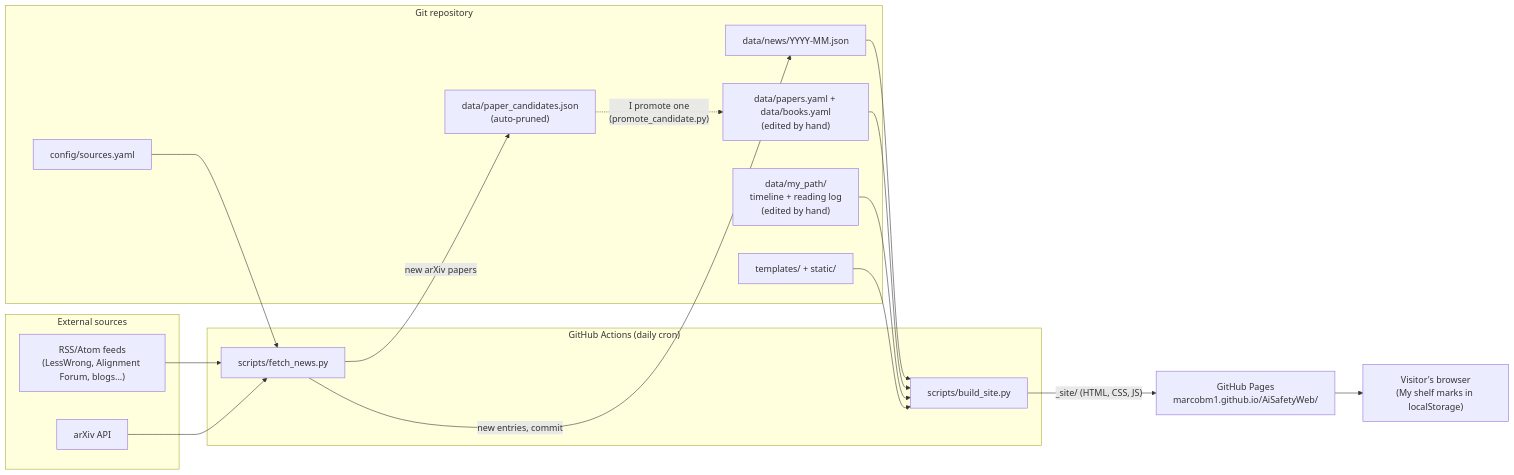
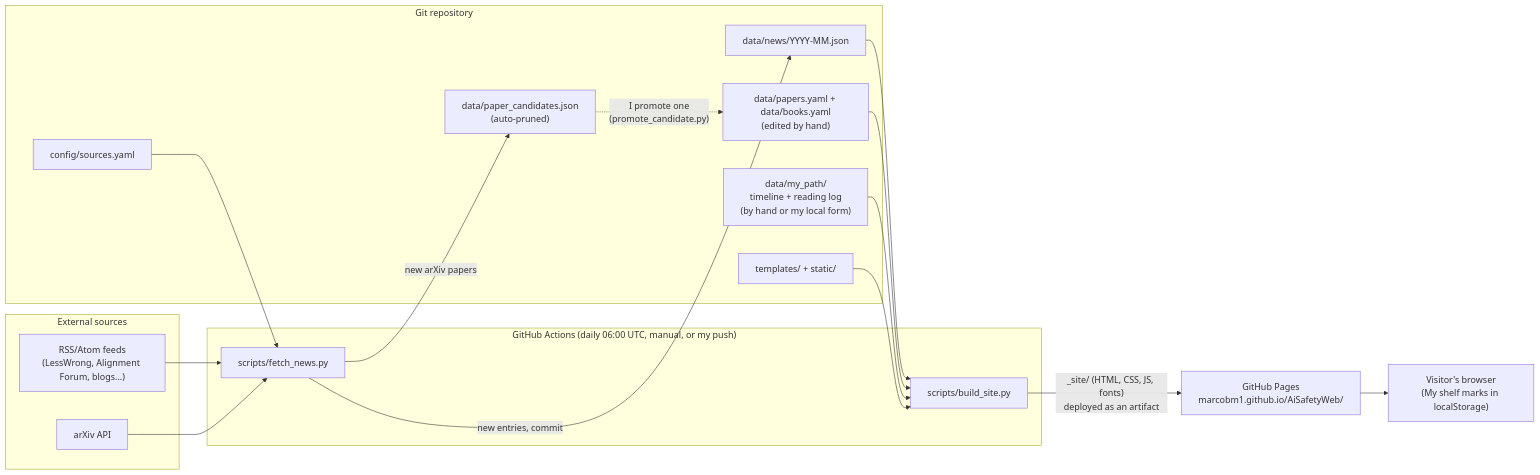
Before and after one commit to Marcobm1/AiSafetyWeb: the diagram in docs/HOW_THIS_SITE_WORKS.md, drawn with Mermaid. The commit also changed other lines of this file and 3 other files, not shown here.

````diff
--- a/docs/HOW_THIS_SITE_WORKS.md
+++ b/docs/HOW_THIS_SITE_WORKS.md
@@ -62,34 +63,34 @@
 ```mermaid
 flowchart LR
     subgraph Sources["External sources"]
         RSS["RSS/Atom feeds<br/>(LessWrong, Alignment Forum, blogs...)"]
         ARX["arXiv API"]
     end
 
-    subgraph Actions["GitHub Actions (daily cron)"]
+    subgraph Actions["GitHub Actions (daily 06:00 UTC, manual, or my push)"]
         F["scripts/fetch_news.py"]
         B["scripts/build_site.py"]
     end
 
     subgraph Repo["Git repository"]
         CFG["config/sources.yaml"]
         NEWS["data/news/YYYY-MM.json"]
         CAND["data/paper_candidates.json<br/>(auto-pruned)"]
         PAP["data/papers.yaml + data/books.yaml<br/>(edited by hand)"]
-        PATH["data/my_path/<br/>timeline + reading log<br/>(edited by hand)"]
+        PATH["data/my_path/<br/>timeline + reading log<br/>(by hand or my local form)"]
         TPL["templates/ + static/"]
     end
 
     RSS --> F
     ARX --> F
     CFG --> F
     F -->|"new entries, commit"| NEWS
     F -->|"new arXiv papers"| CAND
     CAND -.->|"I promote one<br/>(promote_candidate.py)"| PAP
     NEWS --> B
     PAP --> B
     PATH --> B
     TPL --> B
-    B -->|"_site/ (HTML, CSS, JS)"| PAGES["GitHub Pages<br/>marcobm1.github.io/AiSafetyWeb/"]
+    B -->|"_site/ (HTML, CSS, JS, fonts)<br/>deployed as an artifact"| PAGES["GitHub Pages<br/>marcobm1.github.io/AiSafetyWeb/"]
     PAGES --> V["Visitor's browser<br/>(My shelf marks in localStorage)"]
 ```
````
